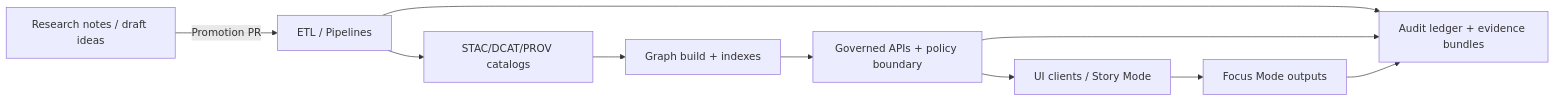
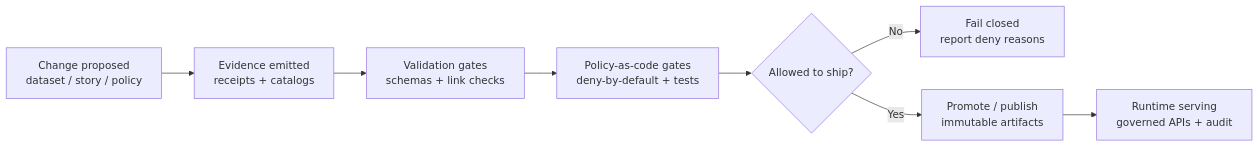
Before and after one commit to bartytime4life/Kansas-Frontier-Matrix: the first of 2 diagrams in docs/governance/README.md, drawn with Mermaid. The commit also changed other lines of this file, not shown here.

````diff
--- a/docs/governance/README.md
+++ b/docs/governance/README.md
@@ -59,12 +83,10 @@
 ```mermaid
 flowchart LR
-  A[Research notes / draft ideas] -->|Promotion PR| B[ETL / Pipelines]
-  B --> C[STAC/DCAT/PROV catalogs]
-  C --> D[Graph build + indexes]
-  D --> E[Governed APIs + policy boundary]
-  E --> F[UI clients / Story Mode]
-  F --> G[Focus Mode outputs]
-  B --> H[Audit ledger + evidence bundles]
-  E --> H
-  G --> H
+  A[Change proposed<br/>dataset / story / policy] --> B[Evidence emitted<br/>receipts + catalogs]
+  B --> C[Validation gates<br/>schemas + link checks]
+  C --> D[Policy-as-code gates<br/>deny-by-default + tests]
+  D --> E{Allowed to ship?}
+  E -->|No| F[Fail closed<br/>report deny reasons]
+  E -->|Yes| G[Promote / publish<br/>immutable artifacts]
+  G --> H[Runtime serving<br/>governed APIs + audit]
 ```
````
